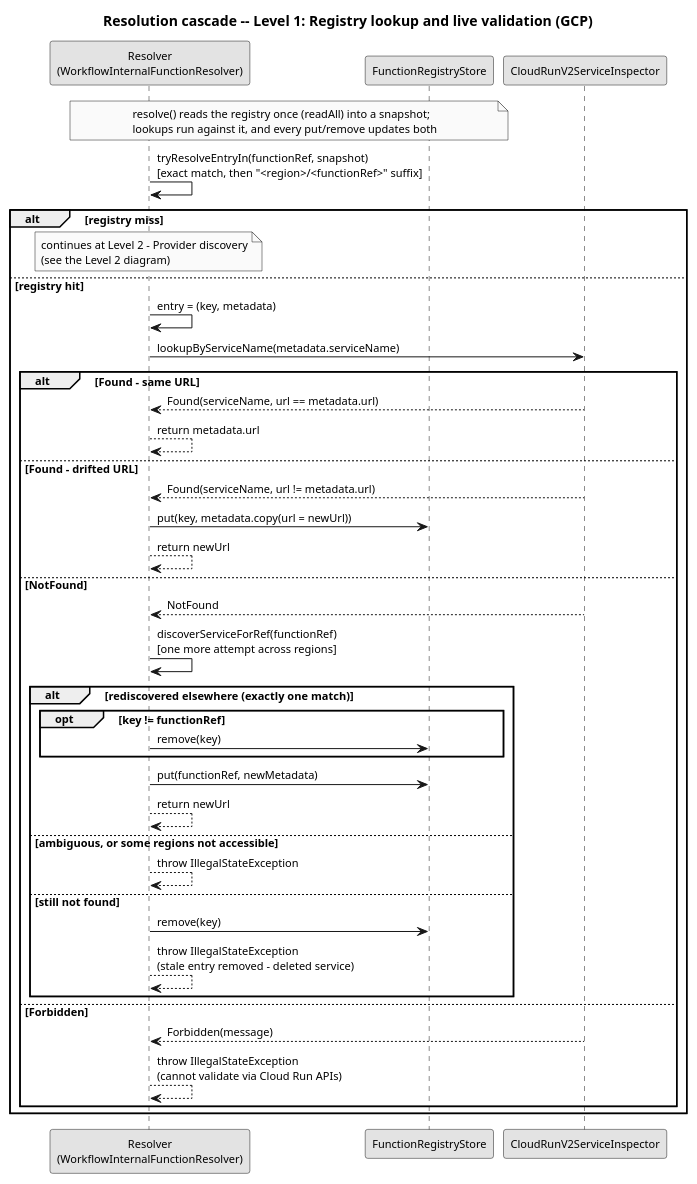
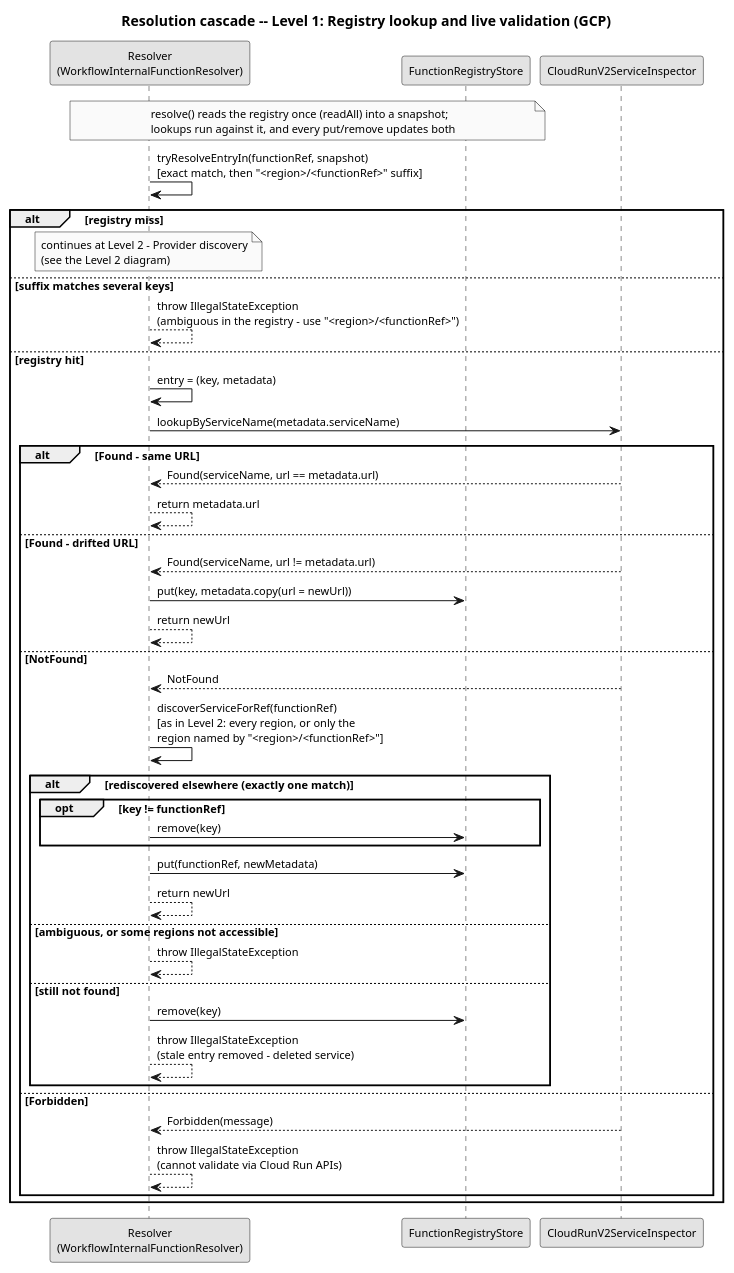
Before and after one commit to EngenheiroPedroCarvalho/ISEL-Thesis-2526: the diagram in diagrams/resolution-cascade-level1-gcp.puml, drawn with PlantUML. The commit also changed 17 other files, not shown here.

First line of the commit message:
Fill in the smaller gaps between the diagrams, the code and the text

```diff
--- a/diagrams/resolution-cascade-level1-gcp.puml
+++ b/diagrams/resolution-cascade-level1-gcp.puml
@@ -1,52 +1,54 @@
 @startuml resolution-cascade-level1-gcp
 skinparam monochrome true
 skinparam shadowing false
 skinparam defaultFontSize 11
 title Resolution cascade -- Level 1: Registry lookup and live validation (GCP)
 
 participant "Resolver\n(WorkflowInternalFunctionResolver)" as R
 participant "FunctionRegistryStore" as REG
 participant "CloudRunV2ServiceInspector" as GI
 
 note over R, REG
   resolve() reads the registry once (readAll) into a snapshot;
   lookups run against it, and every put/remove updates both
 end note
 R -> R : tryResolveEntryIn(functionRef, snapshot)\n[exact match, then "<region>/<functionRef>" suffix]
 alt registry miss
   note over R
     continues at Level 2 - Provider discovery
     (see the Level 2 diagram)
   end note
+else suffix matches several keys
+  R --> R : throw IllegalStateException\n(ambiguous in the registry - use "<region>/<functionRef>")
 else registry hit
   R -> R : entry = (key, metadata)
 
   R -> GI : lookupByServiceName(metadata.serviceName)
   alt Found - same URL
     GI --> R : Found(serviceName, url == metadata.url)
     R --> R : return metadata.url
   else Found - drifted URL
     GI --> R : Found(serviceName, url != metadata.url)
     R -> REG : put(key, metadata.copy(url = newUrl))
     R --> R : return newUrl
   else NotFound
     GI --> R : NotFound
-    R -> R : discoverServiceForRef(functionRef)\n[one more attempt across regions]
+    R -> R : discoverServiceForRef(functionRef)\n[as in Level 2: every region, or only the\nregion named by "<region>/<functionRef>"]
     alt rediscovered elsewhere (exactly one match)
       opt key != functionRef
         R -> REG : remove(key)
       end
       R -> REG : put(functionRef, newMetadata)
       R --> R : return newUrl
     else ambiguous, or some regions not accessible
       R --> R : throw IllegalStateException
     else still not found
       R -> REG : remove(key)
       R --> R : throw IllegalStateException\n(stale entry removed - deleted service)
     end
   else Forbidden
     GI --> R : Forbidden(message)
     R --> R : throw IllegalStateException\n(cannot validate via Cloud Run APIs)
   end
 end
 @enduml
```
